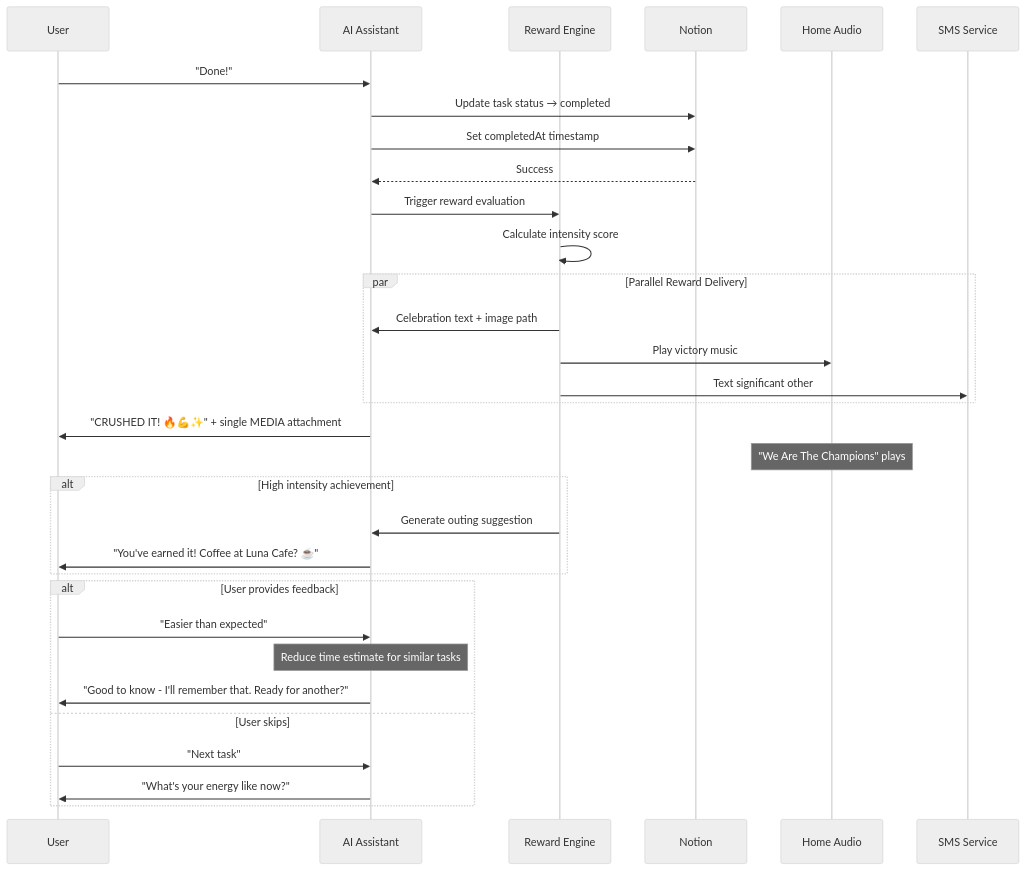
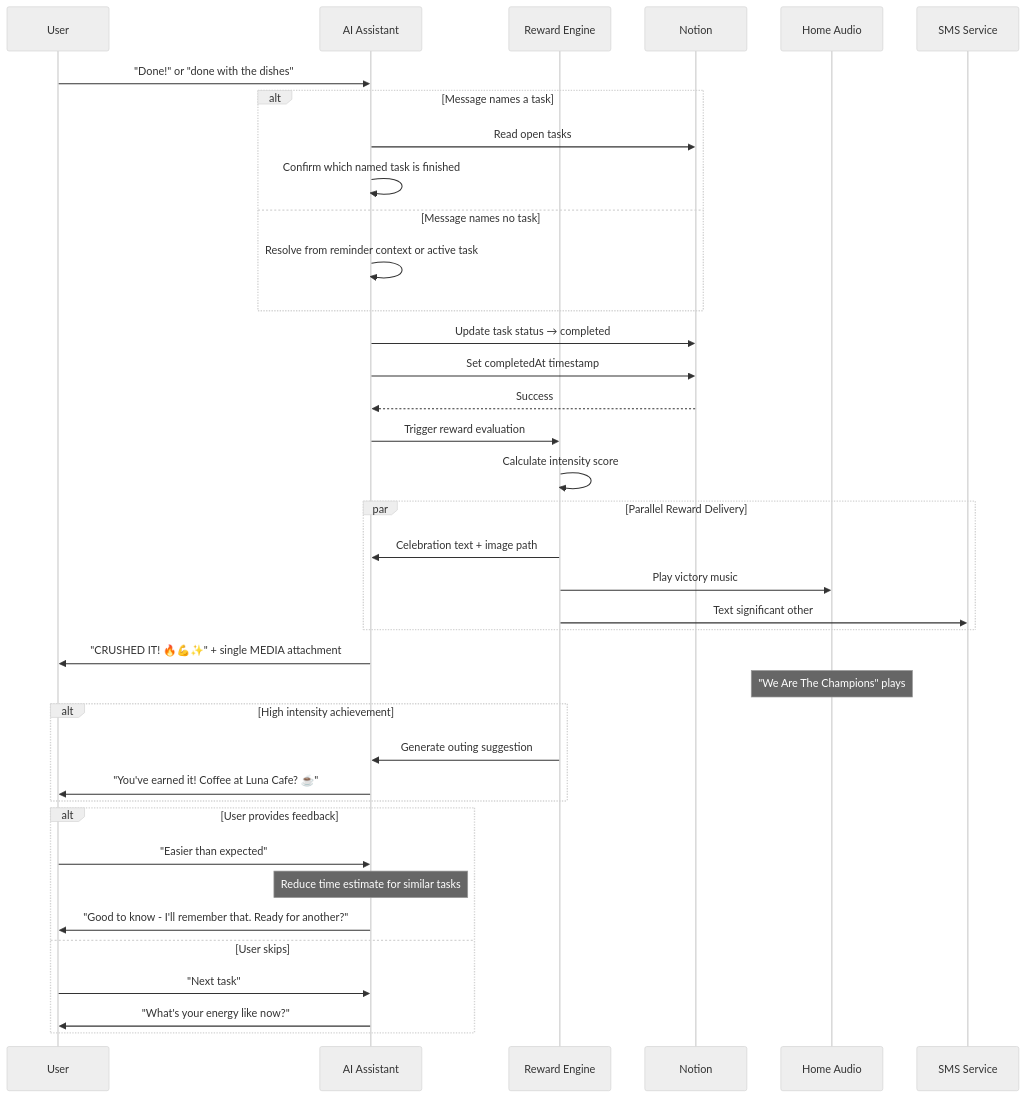
The eighth of 28 diagrams in docs/user-interactions.md (NickBorgers/hide-my-list), drawn with Mermaid (neutral theme) before and after one commit. The commit also changed other lines of this file and 9 other files, not shown here.

````diff
--- a/docs/user-interactions.md
+++ b/docs/user-interactions.md
@@ -205,42 +235,49 @@
 ```mermaid
 sequenceDiagram
     participant U as User
     participant AI as AI Assistant
     participant R as Reward Engine
     participant N as Notion
     participant HA as Home Audio
     participant SMS as SMS Service
 
-    U->>AI: "Done!"
+    U->>AI: "Done!" or "done with the dishes"
+
+    alt Message names a task
+        AI->>N: Read open tasks
+        AI->>AI: Confirm which named task is finished
+    else Message names no task
+        AI->>AI: Resolve from reminder context or active task
+    end
 
     AI->>N: Update task status → completed
     AI->>N: Set completedAt timestamp
     N-->>AI: Success
 
     AI->>R: Trigger reward evaluation
     R->>R: Calculate intensity score
 
     par Parallel Reward Delivery
         R->>AI: Celebration text + image path
         R->>HA: Play victory music
         R->>SMS: Text significant other
     end
 
     AI->>U: "CRUSHED IT! 🔥💪✨" + single MEDIA attachment
 
     Note over HA: "We Are The Champions" plays
 
     alt High intensity achievement
         R->>AI: Generate outing suggestion
         AI->>U: "You've earned it! Coffee at Luna Cafe? ☕"
     end
 
     alt User provides feedback
         U->>AI: "Easier than expected"
         Note over AI: Reduce time estimate for similar tasks
         AI->>U: "Good to know - I'll remember that. Ready for another?"
     else User skips
         U->>AI: "Next task"
         AI->>U: "What's your energy like now?"
     end
 ```
````
